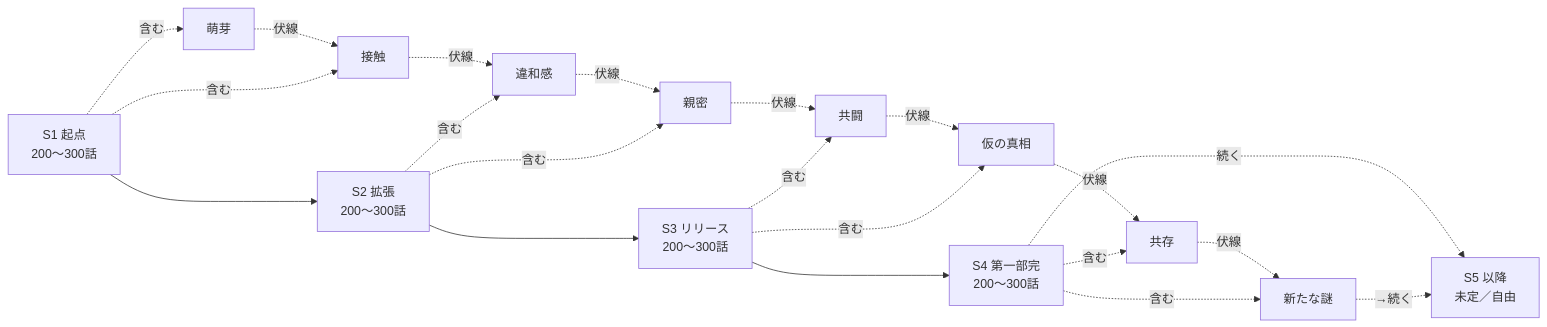
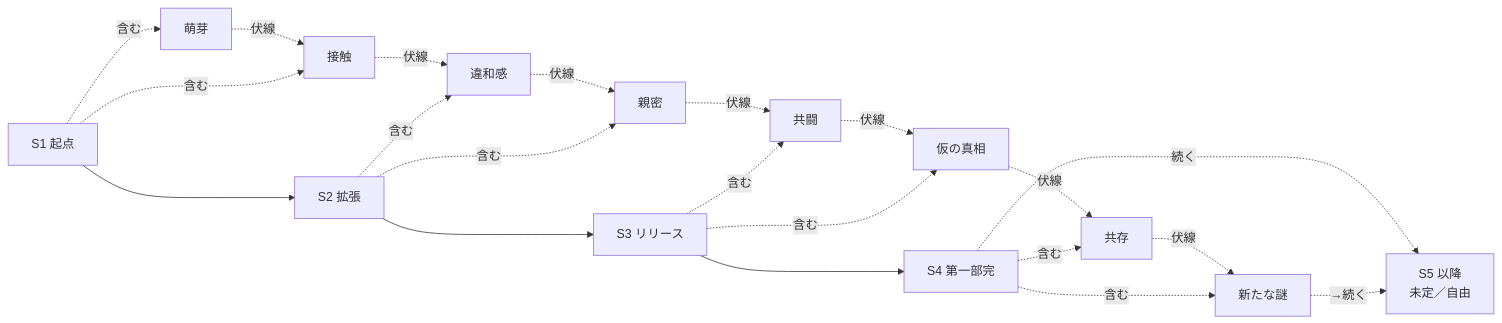
The diagram in docs/storyline.md (shunta-furukawa/four-panel-comics), drawn with Mermaid before and after one commit. The commit also changed other lines of this file and 3 other files, not shown here.

````diff
--- a/docs/storyline.md
+++ b/docs/storyline.md
@@ -102,25 +106,25 @@
 ```mermaid
 flowchart LR
-    S1[S1 起点<br/>200〜300話] --> S2[S2 拡張<br/>200〜300話]
-    S2 --> S3[S3 リリース<br/>200〜300話]
-    S3 --> S4[S4 第一部完<br/>200〜300話]
+    S1[S1 起点] --> S2[S2 拡張]
+    S2 --> S3[S3 リリース]
+    S3 --> S4[S4 第一部完]
     S4 -.続く.-> S5[S5 以降<br/>未定／自由]
 
     B1[萌芽] -.伏線.-> B2[接触]
     B2 -.伏線.-> B3[違和感]
     B3 -.伏線.-> B4[親密]
     B4 -.伏線.-> B5[共闘]
     B5 -.伏線.-> B6[仮の真相]
     B6 -.伏線.-> B7[共存]
     B7 -.伏線.-> B8[新たな謎]
     B8 -.→続く.-> S5
 
     S1 -.含む.-> B1
     S1 -.含む.-> B2
     S2 -.含む.-> B3
     S2 -.含む.-> B4
     S3 -.含む.-> B5
     S3 -.含む.-> B6
     S4 -.含む.-> B7
     S4 -.含む.-> B8
 ```
````
